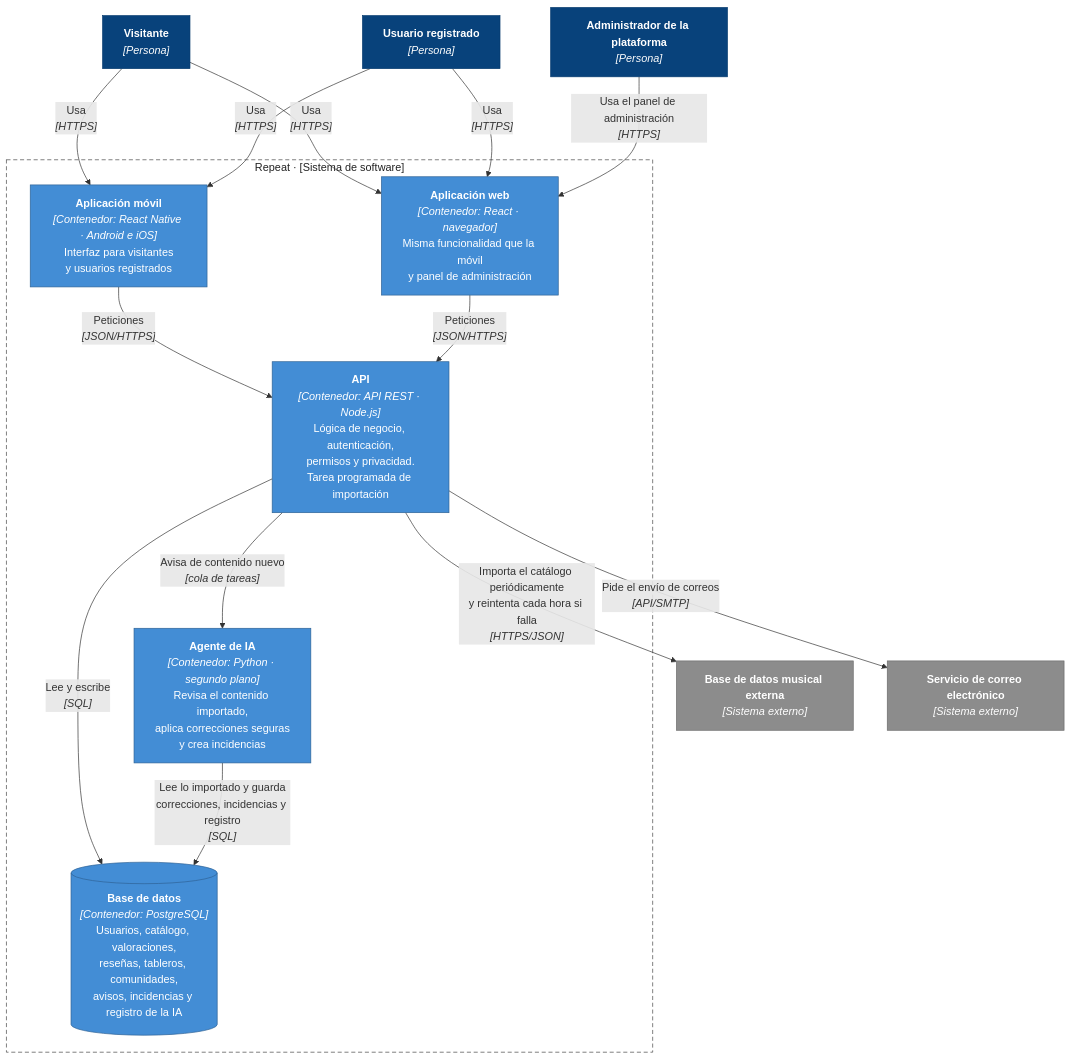
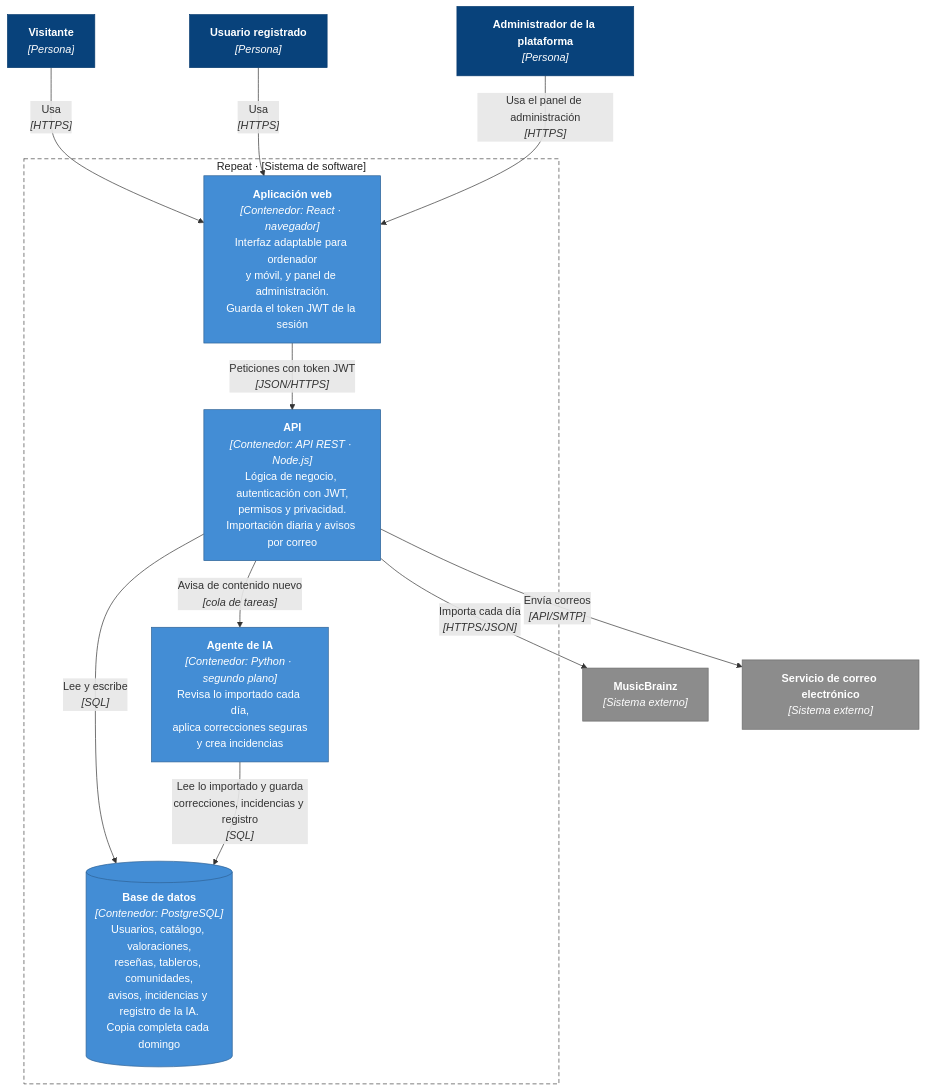
The diagram in docs/arquitectura/c4-contenedores.md (martaavlez/2026-2027-ISW-Grupo-C), drawn with Mermaid before and after one commit. The commit also changed other lines of this file and 22 other files, not shown here.

````diff
--- a/docs/arquitectura/c4-contenedores.md
+++ b/docs/arquitectura/c4-contenedores.md
@@ -5,38 +5,34 @@
 ```mermaid
 flowchart TB
   visitante["<b>Visitante</b><br/><i>[Persona]</i>"]
   usuario["<b>Usuario registrado</b><br/><i>[Persona]</i>"]
   admin["<b>Administrador de la plataforma</b><br/><i>[Persona]</i>"]
 
   subgraph repeat["Repeat · [Sistema de software]"]
-    movil["<b>Aplicación móvil</b><br/><i>[Contenedor: React Native · Android e iOS]</i><br/>Interfaz para visitantes<br/>y usuarios registrados"]
-    web["<b>Aplicación web</b><br/><i>[Contenedor: React · navegador]</i><br/>Misma funcionalidad que la móvil<br/>y panel de administración"]
-    api["<b>API</b><br/><i>[Contenedor: API REST · Node.js]</i><br/>Lógica de negocio, autenticación,<br/>permisos y privacidad.<br/>Tarea programada de importación"]
-    agente["<b>Agente de IA</b><br/><i>[Contenedor: Python · segundo plano]</i><br/>Revisa el contenido importado,<br/>aplica correcciones seguras<br/>y crea incidencias"]
-    bd[("<b>Base de datos</b><br/><i>[Contenedor: PostgreSQL]</i><br/>Usuarios, catálogo, valoraciones,<br/>reseñas, tableros, comunidades,<br/>avisos, incidencias y registro de la IA")]
+    web["<b>Aplicación web</b><br/><i>[Contenedor: React · navegador]</i><br/>Interfaz adaptable para ordenador<br/>y móvil, y panel de administración.<br/>Guarda el token JWT de la sesión"]
+    api["<b>API</b><br/><i>[Contenedor: API REST · Node.js]</i><br/>Lógica de negocio, autenticación con JWT,<br/>permisos y privacidad.<br/>Importación diaria y avisos por correo"]
+    agente["<b>Agente de IA</b><br/><i>[Contenedor: Python · segundo plano]</i><br/>Revisa lo importado cada día,<br/>aplica correcciones seguras<br/>y crea incidencias"]
+    bd[("<b>Base de datos</b><br/><i>[Contenedor: PostgreSQL]</i><br/>Usuarios, catálogo, valoraciones,<br/>reseñas, tableros, comunidades,<br/>avisos, incidencias y registro de la IA.<br/>Copia completa cada domingo")]
   end
 
-  musica["<b>Base de datos musical externa</b><br/><i>[Sistema externo]</i>"]
+  musica["<b>MusicBrainz</b><br/><i>[Sistema externo]</i>"]
   correo["<b>Servicio de correo electrónico</b><br/><i>[Sistema externo]</i>"]
 
-  visitante -- "Usa<br/><i>[HTTPS]</i>" --> movil
   visitante -- "Usa<br/><i>[HTTPS]</i>" --> web
-  usuario -- "Usa<br/><i>[HTTPS]</i>" --> movil
   usuario -- "Usa<br/><i>[HTTPS]</i>" --> web
   admin -- "Usa el panel de administración<br/><i>[HTTPS]</i>" --> web
-  movil -- "Peticiones<br/><i>[JSON/HTTPS]</i>" --> api
-  web -- "Peticiones<br/><i>[JSON/HTTPS]</i>" --> api
+  web -- "Peticiones con token JWT<br/><i>[JSON/HTTPS]</i>" --> api
   api -- "Lee y escribe<br/><i>[SQL]</i>" --> bd
   api -- "Avisa de contenido nuevo<br/><i>[cola de tareas]</i>" --> agente
   agente -- "Lee lo importado y guarda<br/>correcciones, incidencias y registro<br/><i>[SQL]</i>" --> bd
-  api -- "Importa el catálogo periódicamente<br/>y reintenta cada hora si falla<br/><i>[HTTPS/JSON]</i>" --> musica
-  api -- "Pide el envío de correos<br/><i>[API/SMTP]</i>" --> correo
+  api -- "Importa cada día<br/><i>[HTTPS/JSON]</i>" --> musica
+  api -- "Envía correos<br/><i>[API/SMTP]</i>" --> correo
 
   classDef person fill:#08427B,stroke:#073B6F,color:#fff
   classDef container fill:#438DD5,stroke:#2E6295,color:#fff
   classDef external fill:#8C8C8C,stroke:#6B6B6B,color:#fff
   class visitante,usuario,admin person
-  class movil,web,api,agente,bd container
+  class web,api,agente,bd container
   class musica,correo external
   style repeat fill:#ffffff,stroke:#444,stroke-dasharray:6 4,color:#222
 ```
````
